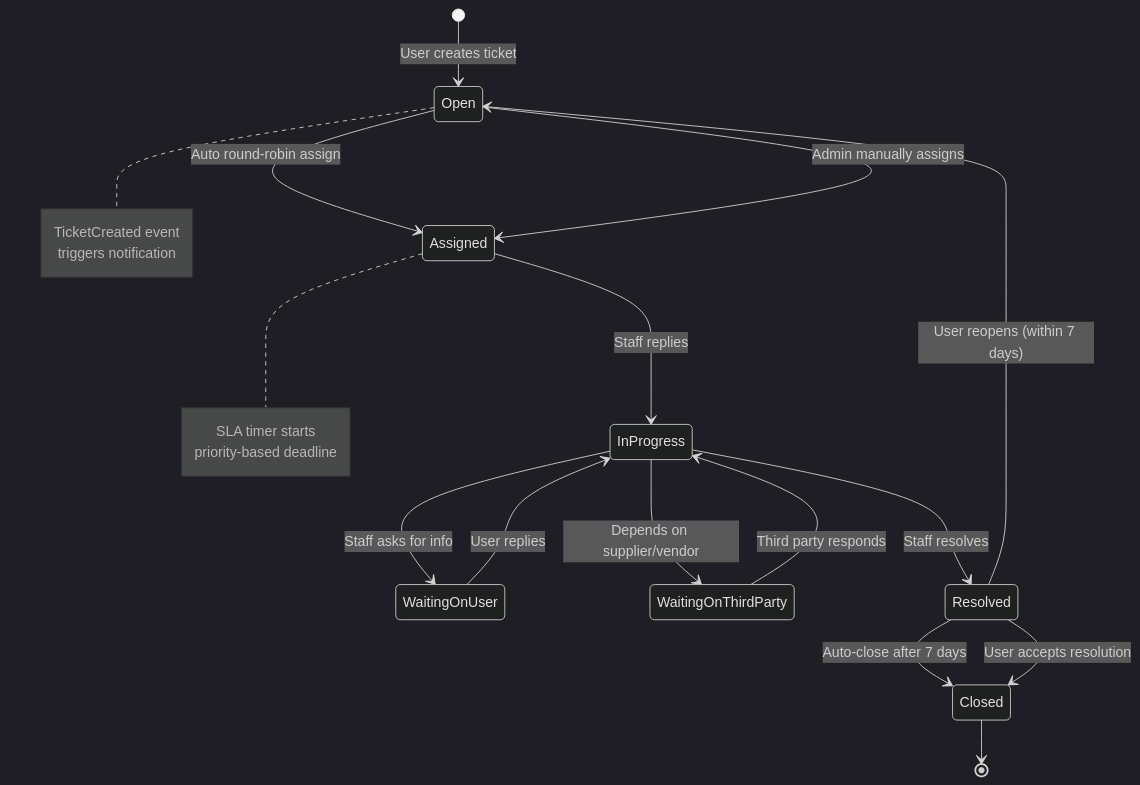
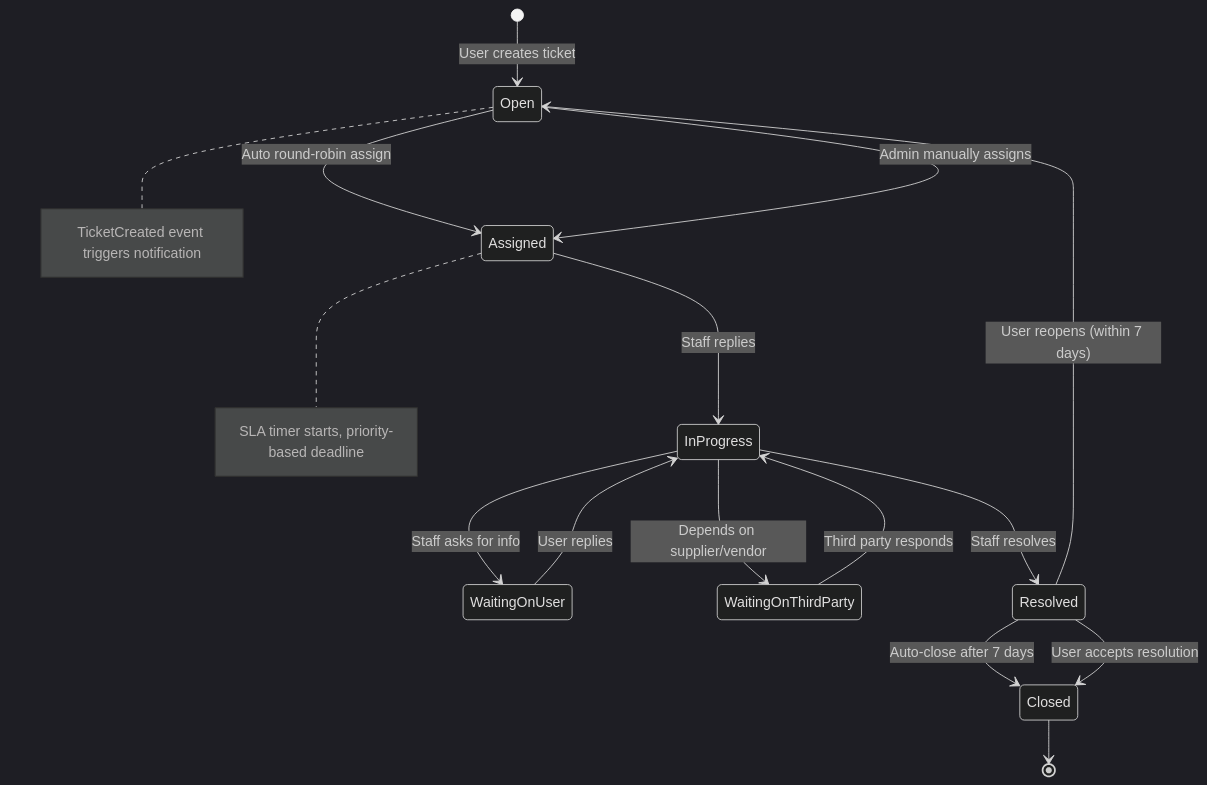
The sixth of 7 diagrams in docs/admin-design.md (erikwang2013/cloud), drawn with Mermaid (dark theme) before and after one commit. The commit also changed other lines of this file and 2 other files, not shown here.

````diff
--- a/docs/admin-design.md
+++ b/docs/admin-design.md
@@ -945,22 +946,22 @@
 ```mermaid
 stateDiagram-v2
     [*] --> Open: User creates ticket
     Open --> Assigned: Auto round-robin assign
     Open --> Assigned: Admin manually assigns
 
     Assigned --> InProgress: Staff replies
     InProgress --> WaitingOnUser: Staff asks for info
     WaitingOnUser --> InProgress: User replies
     InProgress --> WaitingOnThirdParty: Depends on supplier/vendor
     WaitingOnThirdParty --> InProgress: Third party responds
 
     InProgress --> Resolved: Staff resolves
     Resolved --> Open: User reopens (within 7 days)
     Resolved --> Closed: Auto-close after 7 days
     Resolved --> Closed: User accepts resolution
 
     Closed --> [*]
 
-    note right of Assigned: SLA timer starts<br/>priority-based deadline
-    note right of Open: TicketCreated event<br/>triggers notification
+    note right of Assigned: SLA timer starts, priority-based deadline
+    note right of Open: TicketCreated event triggers notification
 ```
````
